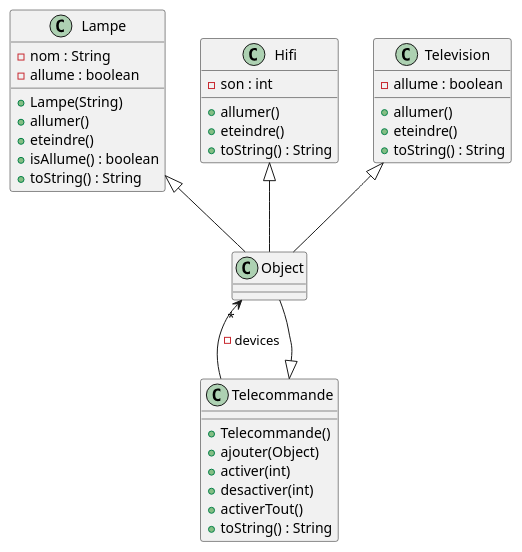
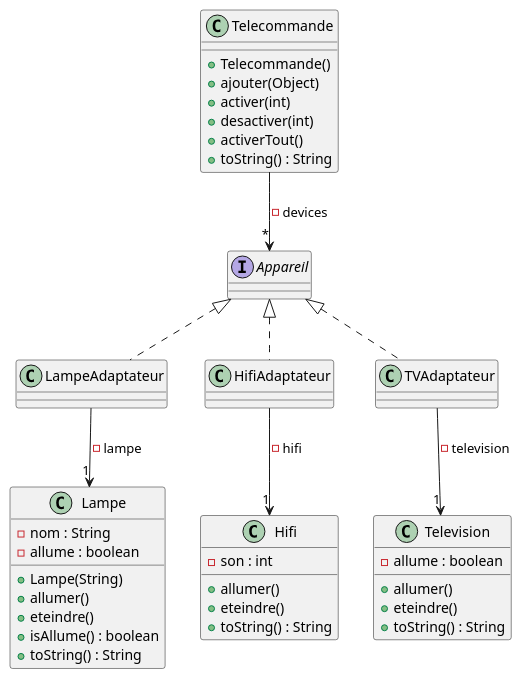
Before and after one commit to Hugo-COLLIN/BUT_S2_COO_domotique: the diagram in TD7/ressource/diagramClasse.puml, drawn with PlantUML.

Commit message:
Modification plantuml

```diff
--- a/TD7/ressource/diagramClasse.puml
+++ b/TD7/ressource/diagramClasse.puml
@@ -1,43 +1,55 @@
 @startuml
 
 class Lampe {
     - nom : String
     - allume : boolean
     + Lampe(String)
     + allumer()
     + eteindre()
     + isAllume() : boolean
     + toString() : String
 }
 
 class Hifi {
     - son : int
     + allumer()
     + eteindre()
     + toString() : String
 }
 
 class Telecommande {
     + Telecommande()
     + ajouter(Object)
     + activer(int)
     + desactiver(int)
     + activerTout()
     + toString() : String
 }
 
 class Television {
     - allume : boolean
     + allumer()
     + eteindre()
     + toString() : String
 }
 
-class Object{
+interface Appareil{
 }
-Lampe <|-- Object
-Hifi <|-- Object
-Television <|-- Object
-Telecommande <|-- Object 
-Object "*" <-- Telecommande : -devices
+
+class LampeAdaptateur{
+}
+
+class HifiAdaptateur{}
+
+Appareil <|.. LampeAdaptateur
+Appareil <|.. HifiAdaptateur
+Appareil <|.. TVAdaptateur
+
+LampeAdaptateur --> "1" Lampe :  - lampe
+HifiAdaptateur --> "1" Hifi : - hifi
+TVAdaptateur --> "1" Television : - television
+
+
+Telecommande --> "*" Appareil : - devices
+
 @enduml
```
